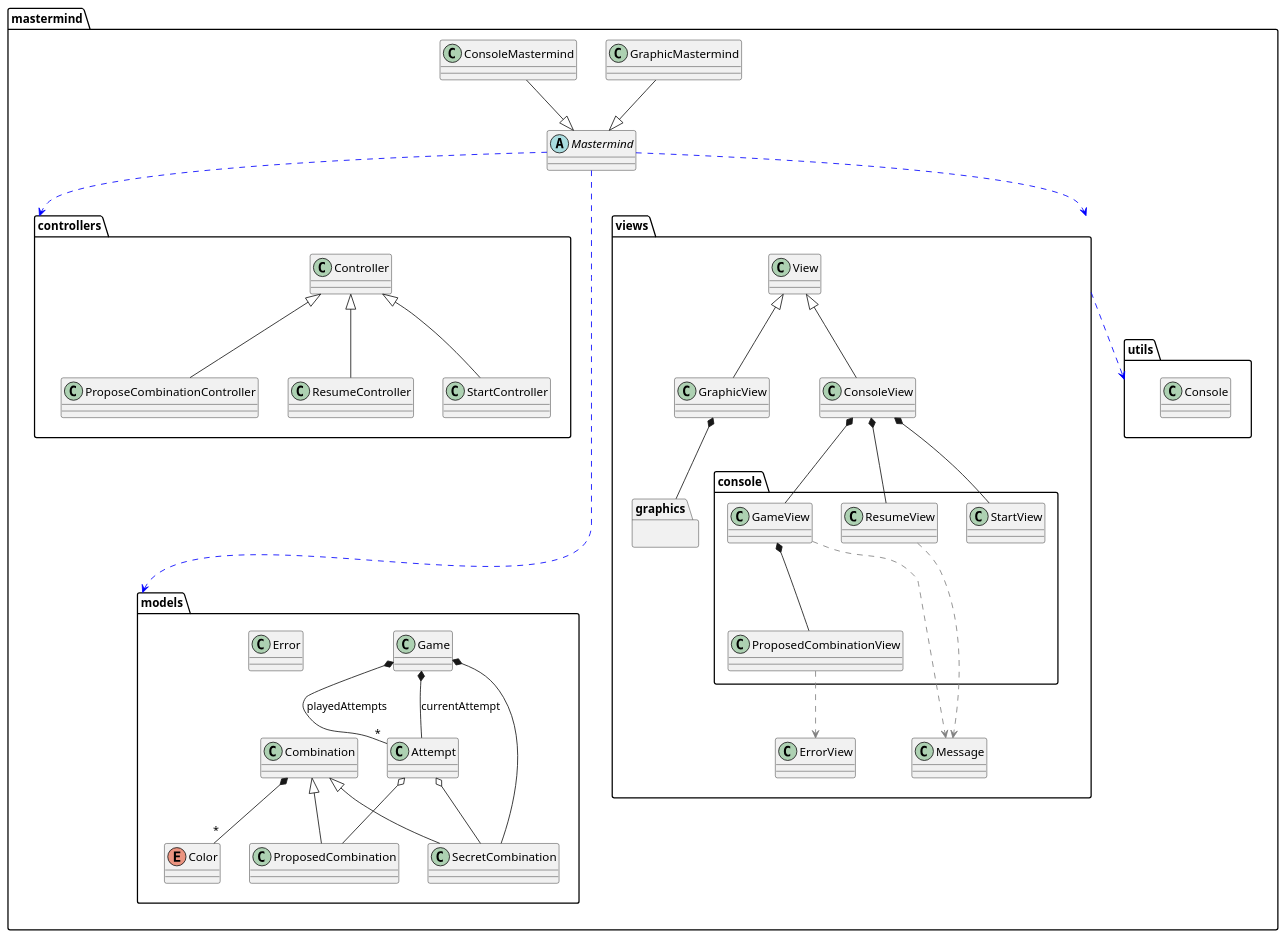
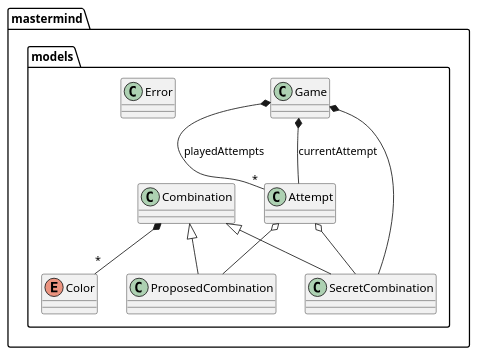
Before and after one commit to Master-Desarrollo-20-21/diseno-oo-ejercicio-3-mastermind-separacion-de-controladores-Ruskab: the diagram in doc/mastermind.puml, drawn with PlantUML. The commit also changed 2 other files, not shown here.

```diff
--- a/doc/mastermind.puml
+++ b/doc/mastermind.puml
@@ -1,102 +1,41 @@
 @startuml
 skinparam {
     BoundaryBackgroundColor #629EF9
     BoundaryBorderColor black
     BoundaryFontSize 12
     BoundarySize 10
     ControlBackgroundColor #b5bd68
     ControlBorderColor #718c00
     EntityBackgroundColor #F2AC4E
     EntityBorderColor black
 }
 
 package mastermind {
 
-abstract class Mastermind
-class ConsoleMastermind
-class GraphicMastermind
-
-package controllers {
-    class Controller
-    class ProposeCombinationController
-    class ResumeController
-    class StartController
-}
-
 package models {
 
     class Game
     class Combination
     class SecretCombination
     class ProposedCombination
     Enum Color
     class Attempt
     class Error
 
 }
-package utils {
-    class Console
-}
 
-
-
-package views {
-
-    class ErrorView
-    class Message
-    class View
-    class GraphicView
-    class ConsoleView
-
-    package console{
-        class StartView
-        class ProposedCombinationView
-        class ResumeView
-        class GameView
-}
-
-
-    package graphics {
-
-    }
-
-}
-Mastermind .[#blue]down....> models
-Mastermind .[#blue]down.> views
-Mastermind .[#blue]down.> controllers
-
-views .[#blue]down.> utils
-
-Mastermind <|-up- ConsoleMastermind
-Mastermind <|-up- GraphicMastermind
-View <|-- ConsoleView
-View <|-- GraphicView
-
-
-ConsoleView *-- GameView
-ConsoleView *-- ResumeView
-ConsoleView *-- StartView
-GameView *-- ProposedCombinationView
-GameView .[#grey]..> Message
-ResumeView .[#grey].> Message
-ProposedCombinationView .[#grey].> ErrorView
 
 Combination <|-- ProposedCombination
 Combination <|-- SecretCombination
 Attempt o-- ProposedCombination
 Attempt o-- SecretCombination
 Combination *-- "*" Color
 Game *-- SecretCombination
 Game *-- "*" Attempt : playedAttempts
 Game *-- Attempt : currentAttempt
-GraphicView *-- graphics
-
-Controller <|-- StartController
-Controller <|-- ResumeController
-Controller <|-- ProposeCombinationController
 
 
 }
 
 
 @enduml
```
